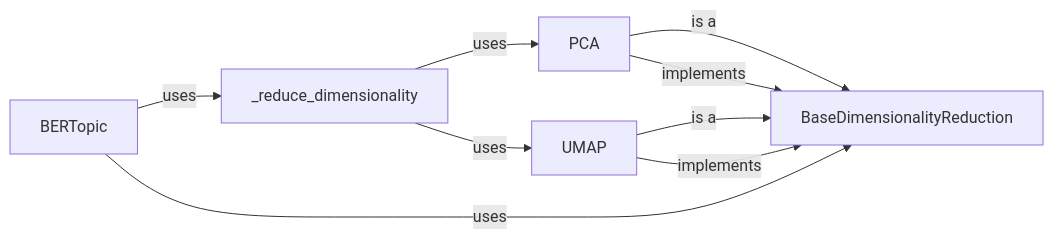
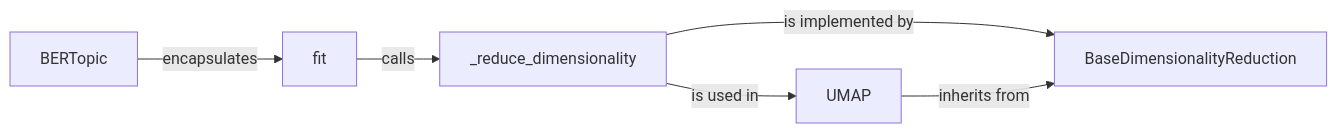
The diagram in BERTopic/Dimensionality Reducer.md (CodeBoarding/GeneratedOnBoardings), drawn with Mermaid before and after one commit. The commit also changed other lines of this file and 12 other files, not shown here.

````diff
--- a/BERTopic/Dimensionality Reducer.md
+++ b/BERTopic/Dimensionality Reducer.md
@@ -1,16 +1,13 @@
 ```mermaid
 graph LR
     BERTopic["BERTopic"]
+    fit["fit"]
     _reduce_dimensionality["_reduce_dimensionality"]
     BaseDimensionalityReduction["BaseDimensionalityReduction"]
-    PCA["PCA"]
     UMAP["UMAP"]
-    BERTopic -- "uses" --> _reduce_dimensionality
-    _reduce_dimensionality -- "uses" --> PCA
-    _reduce_dimensionality -- "uses" --> UMAP
-    PCA -- "is a" --> BaseDimensionalityReduction
-    UMAP -- "is a" --> BaseDimensionalityReduction
-    PCA -- "implements" --> BaseDimensionalityReduction
-    UMAP -- "implements" --> BaseDimensionalityReduction
-    BERTopic -- "uses" --> BaseDimensionalityReduction
+    BERTopic -- "encapsulates" --> fit
+    fit -- "calls" --> _reduce_dimensionality
+    _reduce_dimensionality -- "is implemented by" --> BaseDimensionalityReduction
+    UMAP -- "inherits from" --> BaseDimensionalityReduction
+    _reduce_dimensionality -- "is used in" --> UMAP
 ```
````
